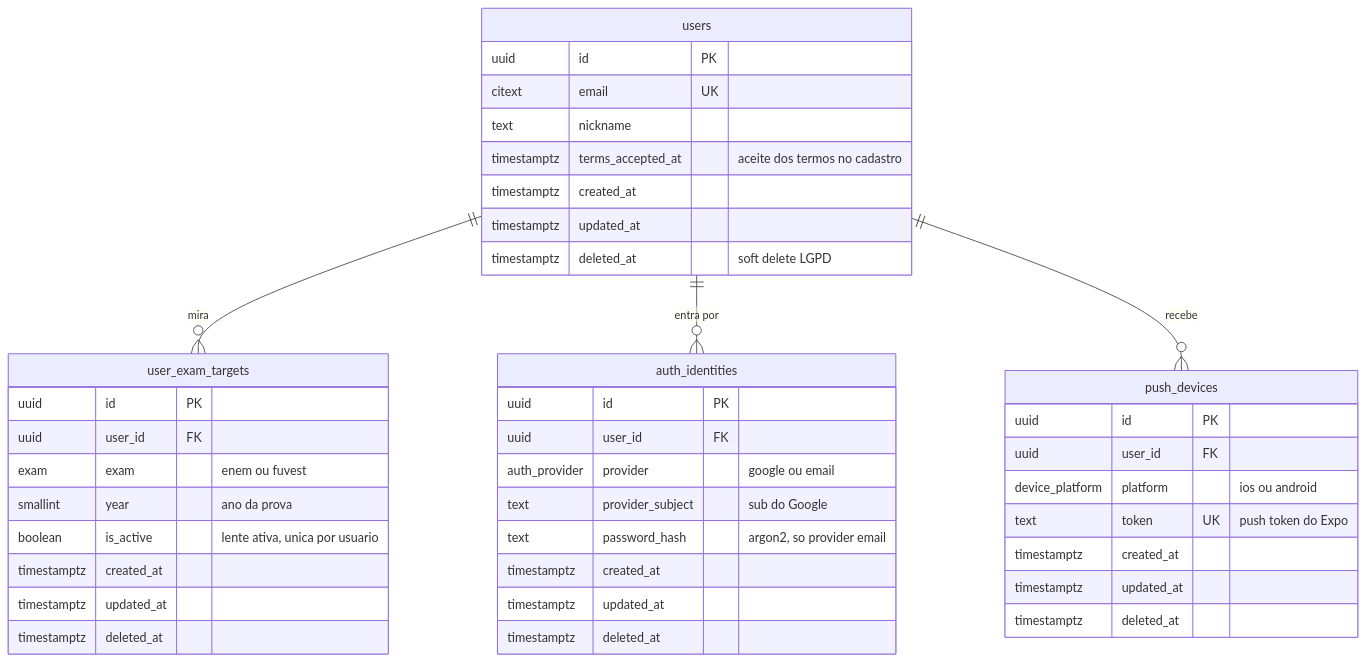
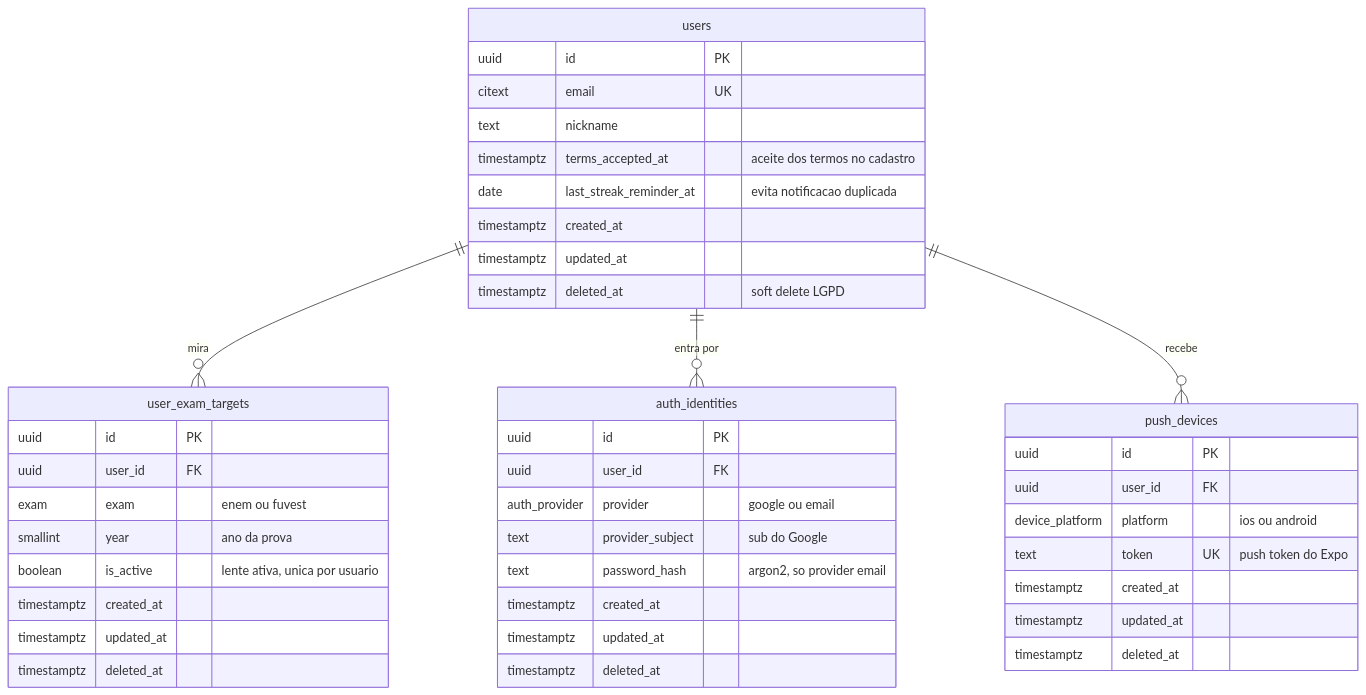
Before and after one commit to kaualimadesouza/argumenta-api: the second of 5 diagrams in docs/DER.md, drawn with Mermaid. The commit also changed 20 other files, not shown here.

````diff
--- a/docs/DER.md
+++ b/docs/DER.md
@@ -99,44 +99,45 @@
 ```mermaid
 erDiagram
   users {
     uuid id PK
     citext email UK
     text nickname
     timestamptz terms_accepted_at "aceite dos termos no cadastro"
+    date last_streak_reminder_at "evita notificacao duplicada"
     timestamptz created_at
     timestamptz updated_at
     timestamptz deleted_at "soft delete LGPD"
   }
   user_exam_targets {
     uuid id PK
     uuid user_id FK
     exam exam "enem ou fuvest"
     smallint year "ano da prova"
     boolean is_active "lente ativa, unica por usuario"
     timestamptz created_at
     timestamptz updated_at
     timestamptz deleted_at
   }
   auth_identities {
     uuid id PK
     uuid user_id FK
     auth_provider provider "google ou email"
     text provider_subject "sub do Google"
     text password_hash "argon2, so provider email"
     timestamptz created_at
     timestamptz updated_at
     timestamptz deleted_at
   }
   push_devices {
     uuid id PK
     uuid user_id FK
     device_platform platform "ios ou android"
     text token UK "push token do Expo"
     timestamptz created_at
     timestamptz updated_at
     timestamptz deleted_at
   }
   users ||--o{ user_exam_targets : "mira"
   users ||--o{ auth_identities : "entra por"
   users ||--o{ push_devices : "recebe"
 ```
````
